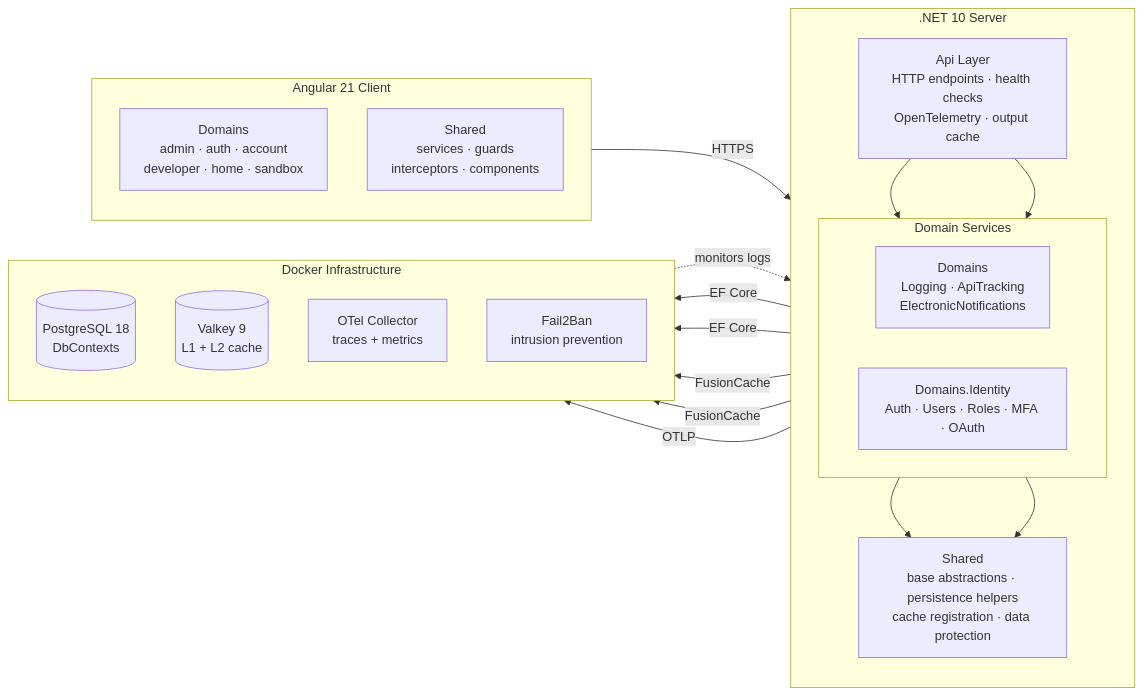
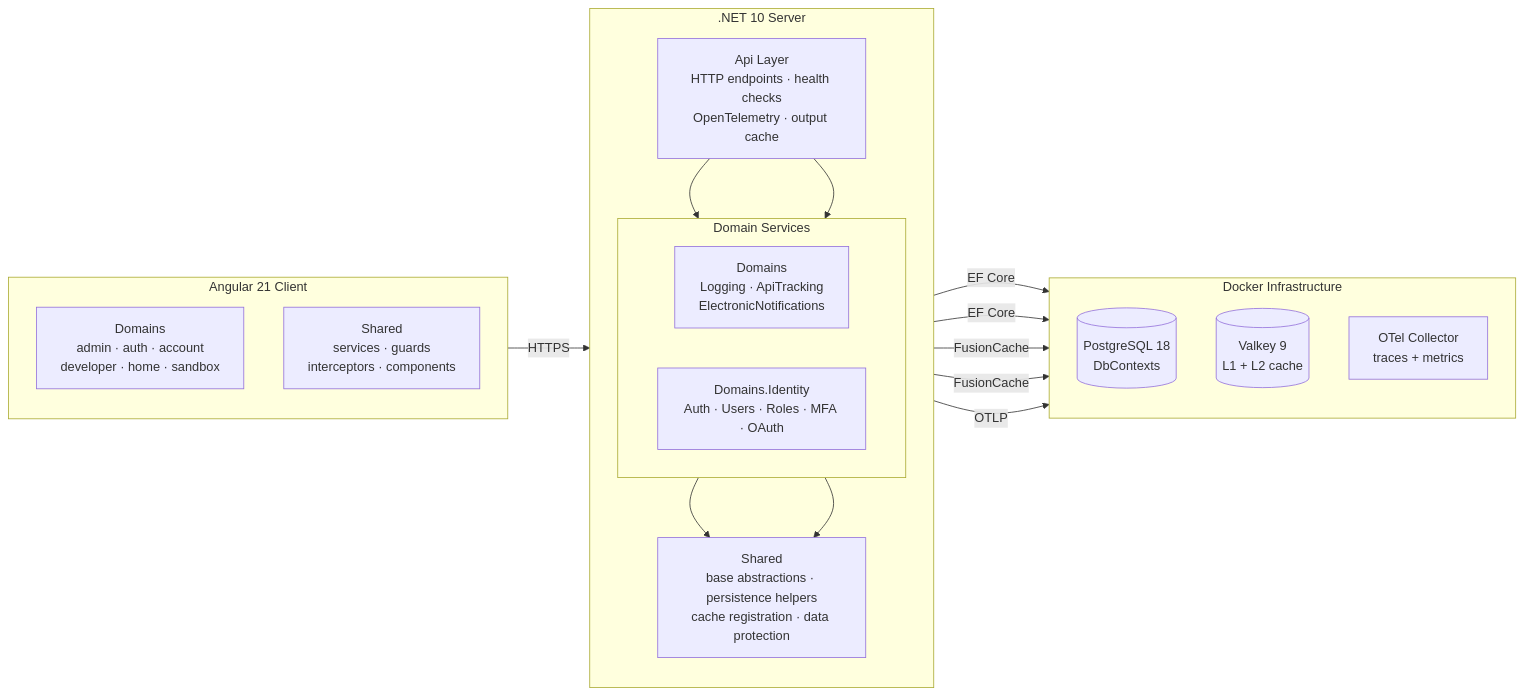
One commit to actionjacksonthegoat-debug/SeventySix changed the first of 2 diagrams in README.md. Above: the diagram before and after it, drawn with Mermaid. The commit also changed other lines of this file and 136 other files, not shown here.

Commit message:
Replaced Fail2Ban with Cloudflare

````diff
--- a/README.md
+++ b/README.md
@@ -212,39 +209,37 @@
 ```mermaid
 flowchart LR
     subgraph Client["Angular 21 Client"]
         direction TB
         AppDomains["Domains<br/>admin · auth · account<br/>developer · home · sandbox"]
         AppShared["Shared<br/>services · guards<br/>interceptors · components"]
     end
 
     subgraph Server[".NET 10 Server"]
         direction TB
         Api["Api Layer<br/>HTTP endpoints · health checks<br/>OpenTelemetry · output cache"]
         subgraph DomainGroup["Domain Services"]
             direction LR
             DomainLayer["Domains<br/>Logging · ApiTracking<br/>ElectronicNotifications"]
             Identity["Domains.Identity<br/>Auth · Users · Roles · MFA · OAuth"]
         end
         SharedServer["Shared<br/>base abstractions · persistence helpers<br/>cache registration · data protection"]
         Api --> DomainLayer
         Api --> Identity
         DomainLayer --> SharedServer
         Identity --> SharedServer
     end
 
     subgraph Infra["Docker Infrastructure"]
         direction TB
         PG[("PostgreSQL 18<br/>DbContexts")]
         VK[("Valkey 9<br/>L1 + L2 cache")]
         OT["OTel Collector<br/>traces + metrics"]
-        F2B["Fail2Ban<br/>intrusion prevention"]
     end
 
     Client -->|HTTPS| Api
     DomainLayer -->|EF Core| PG
     Identity -->|EF Core| PG
     DomainLayer -->|FusionCache| VK
     Identity -->|FusionCache| VK
     Api -->|OTLP| OT
-    F2B -.->|monitors logs| Api
 ```
````
